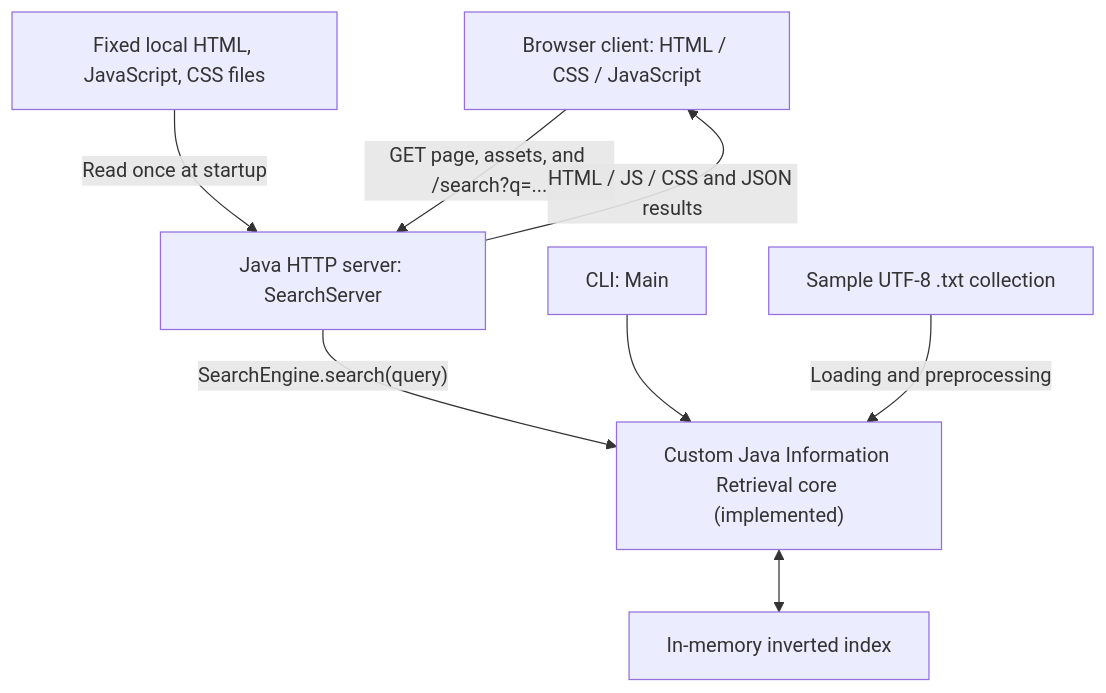
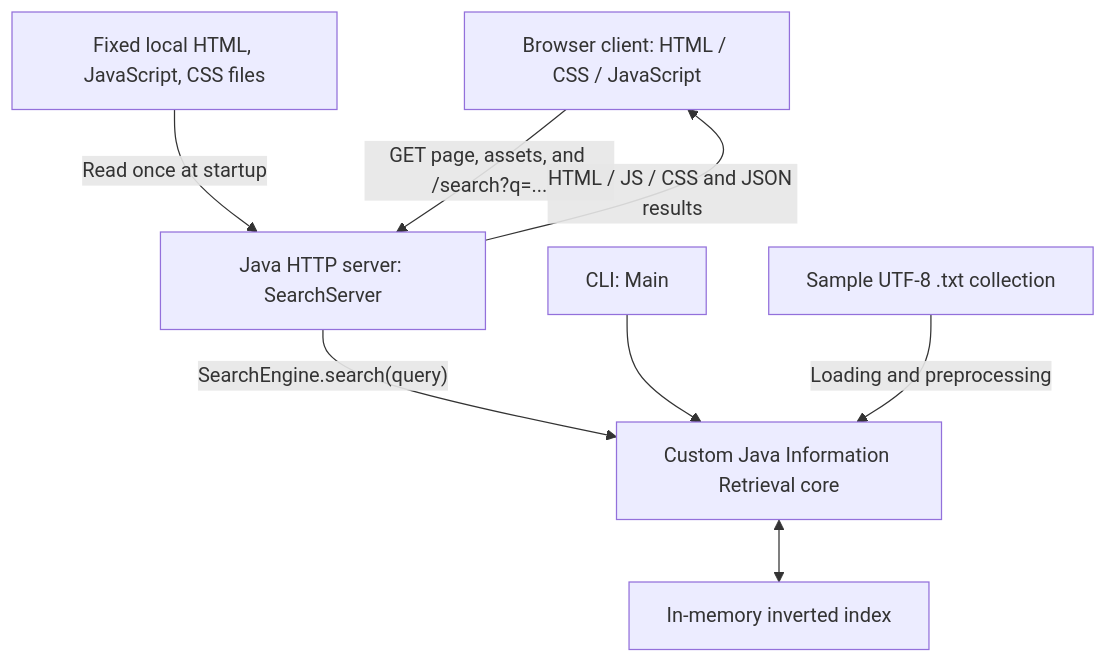
Before and after one commit to RIFAT-x7/iit-search-engine: the diagram in README.md, drawn with Mermaid. The commit also changed other lines of this file and 4 other files, not shown here.

````diff
--- a/README.md
+++ b/README.md
@@ -49,17 +42,17 @@
 ```mermaid
 flowchart TD
     Client["Browser client: HTML / CSS / JavaScript"]
     Server["Java HTTP server: SearchServer"]
     Assets["Fixed local HTML, JavaScript, CSS files"]
     CLI["CLI: Main"]
-    Core["Custom Java Information Retrieval core (implemented)"]
+    Core["Custom Java Information Retrieval core"]
     Index["In-memory inverted index"]
     Data["Sample UTF-8 .txt collection"]
     Assets -->|"Read once at startup"| Server
     Client -->|"GET page, assets, and /search?q=..."| Server
     Server -->|"HTML / JS / CSS and JSON results"| Client
     Server -->|"SearchEngine.search(query)"| Core
     CLI --> Core
     Data -->|"Loading and preprocessing"| Core
     Core <--> Index
 ```
````
